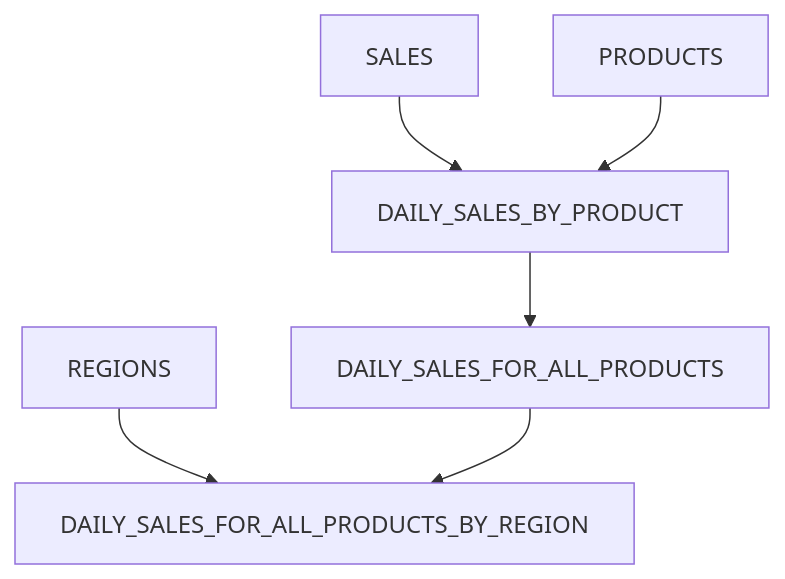
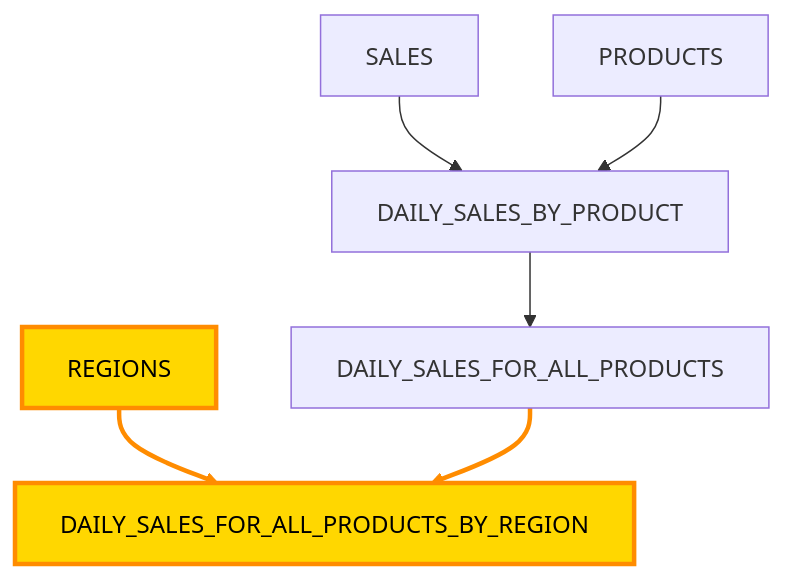
One commit to starlake-ai/starlake-docs changed the second of 2 diagrams in blog/2025-11-14-starlake-corchestration.mdx. Above: the diagram before and after it, drawn with Mermaid. The commit also changed other lines of this file, not shown here.

Commit message:
update orchestration

````diff
--- a/blog/2025-11-14-starlake-corchestration.mdx
+++ b/blog/2025-11-14-starlake-corchestration.mdx
@@ -105,16 +105,22 @@
 ```mermaid
 graph TD
     SALES[SALES]
     PRODUCTS[PRODUCTS]
     REGIONS[REGIONS]
     DAILY_SALES_BY_PRODUCT[DAILY_SALES_BY_PRODUCT]
     DAILY_SALES_FOR_ALL_PRODUCTS[DAILY_SALES_FOR_ALL_PRODUCTS]
     DAILY_SALES_FOR_ALL_PRODUCTS_BY_REGION[DAILY_SALES_FOR_ALL_PRODUCTS_BY_REGION]
 
     SALES --> DAILY_SALES_BY_PRODUCT
     PRODUCTS --> DAILY_SALES_BY_PRODUCT
     DAILY_SALES_BY_PRODUCT --> DAILY_SALES_FOR_ALL_PRODUCTS
     REGIONS --> DAILY_SALES_FOR_ALL_PRODUCTS_BY_REGION
     DAILY_SALES_FOR_ALL_PRODUCTS --> DAILY_SALES_FOR_ALL_PRODUCTS_BY_REGION
 
+    style REGIONS fill:#FFD700,stroke:#FF8C00,stroke-width:3px,color:#000
+    style DAILY_SALES_FOR_ALL_PRODUCTS_BY_REGION fill:#FFD700,stroke:#FF8C00,stroke-width:3px,color:#000
+
+    %% Highlight the links to and from DAILY_SALES_FOR_ALL_PRODUCTS
+    linkStyle 3 stroke:#FF8C00,stroke-width:3px,color:#FF8C00
+    linkStyle 4 stroke:#FF8C00,stroke-width:3px,color:#FF8C00
 ```
````
